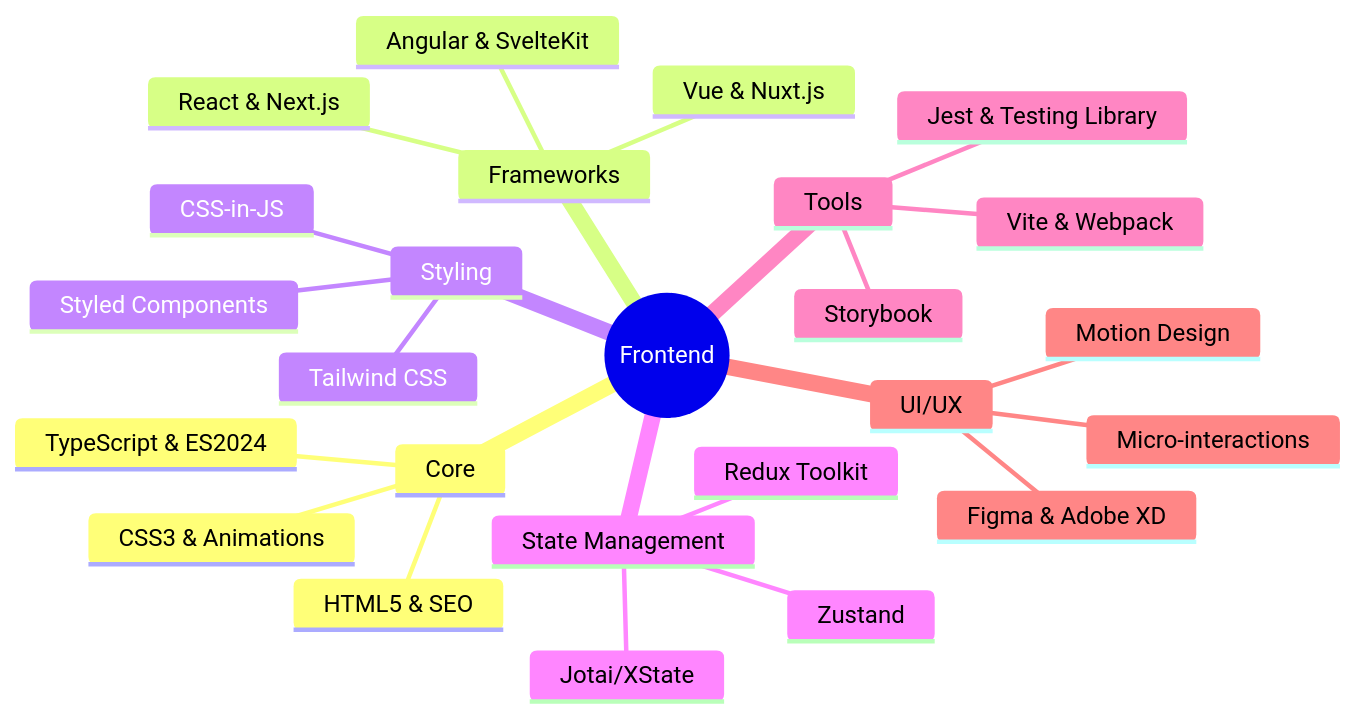
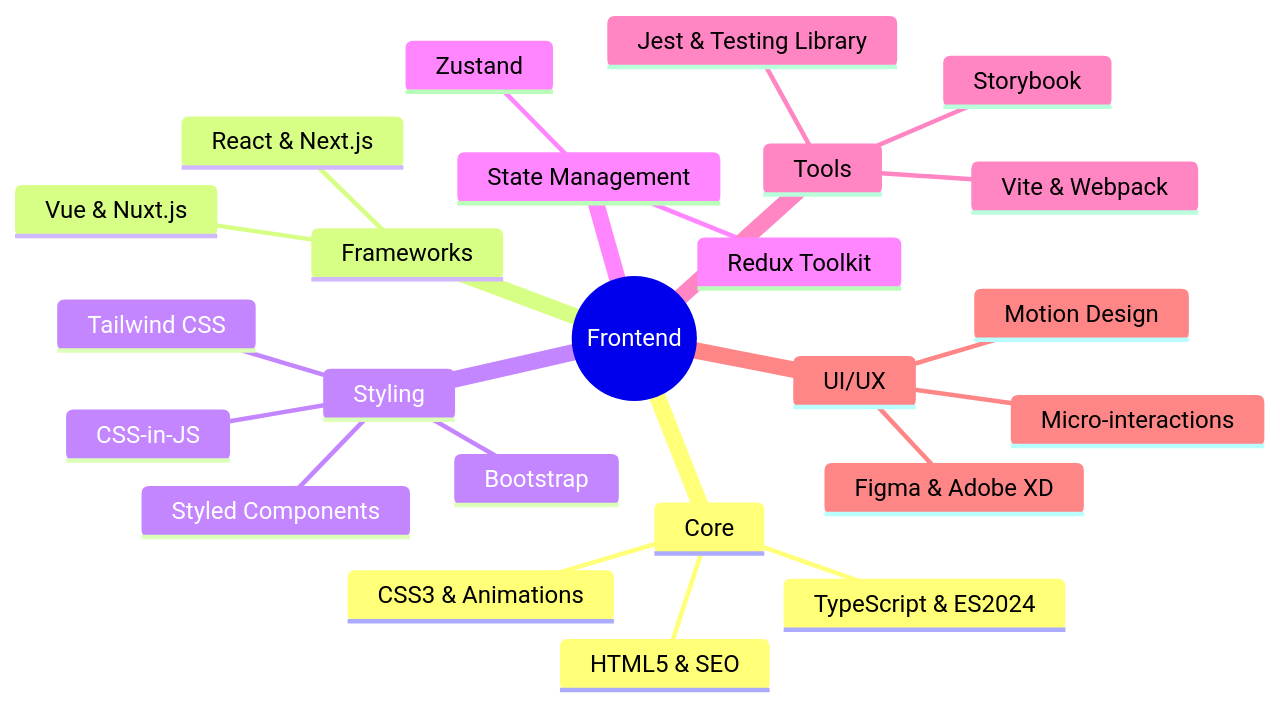
One commit to decemberlnwza007/decemberlnwza007 changed the first of 2 diagrams in README.md. Above: the diagram before and after it, drawn with Mermaid. The commit also changed other lines of this file, not shown here.

````diff
--- a/README.md
+++ b/README.md
@@ -89,28 +84,27 @@
 ```mermaid
 mindmap
     root((Frontend))
         Core
             HTML5 & SEO
             CSS3 & Animations
             TypeScript & ES2024
         Frameworks
             React & Next.js
             Vue & Nuxt.js
-            Angular & SvelteKit
         Styling
             Tailwind CSS
+            Bootstrap
             Styled Components
             CSS-in-JS
         State Management
             Redux Toolkit
             Zustand
-            Jotai/XState
         Tools
             Vite & Webpack
             Jest & Testing Library
             Storybook
         UI/UX
             Figma & Adobe XD
             Motion Design
             Micro-interactions
 ```
````
